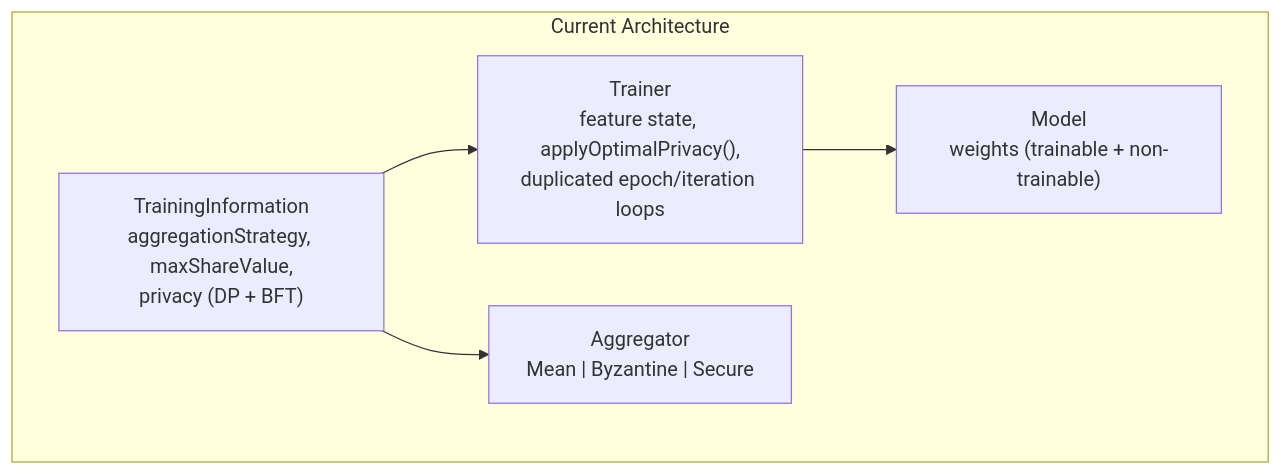
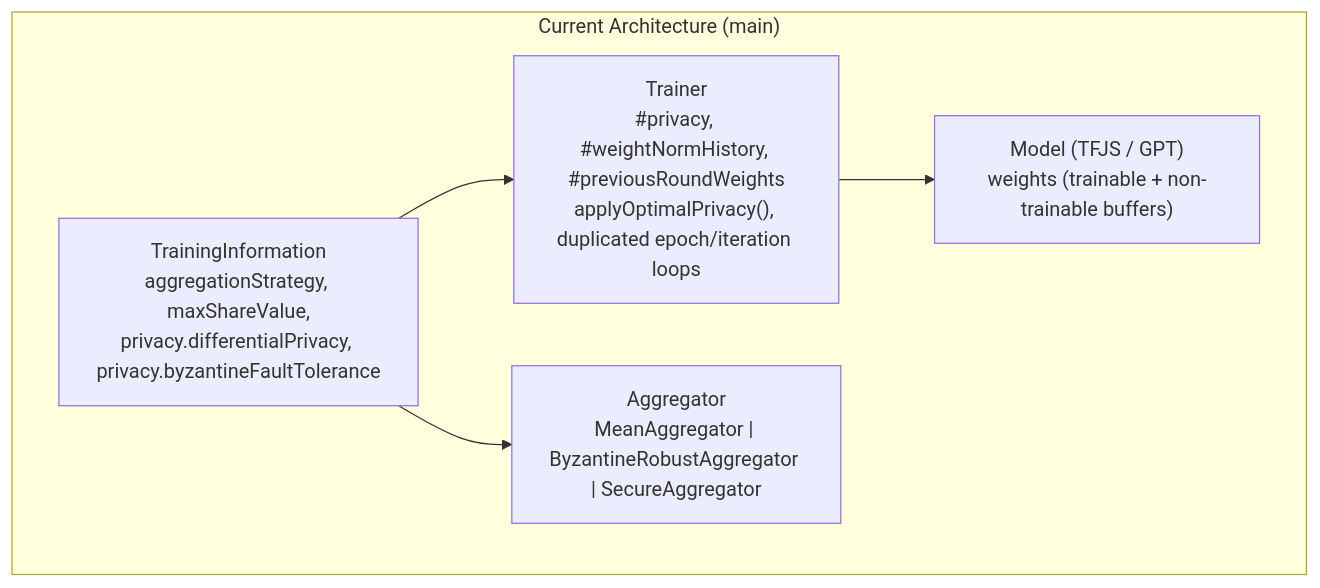
The first of 3 diagrams in docs/TRAINING_ARCHITECTURE.md (epfml/disco), drawn with Mermaid before and after one commit. The commit also changed other lines of this file, not shown here.

````diff
--- a/docs/TRAINING_ARCHITECTURE.md
+++ b/docs/TRAINING_ARCHITECTURE.md
@@ -16,13 +16,13 @@
 ```mermaid
 flowchart TD
-    subgraph Current["Current Architecture"]
-        TI["TrainingInformation<br/>aggregationStrategy, maxShareValue,<br/>privacy (DP + BFT)"]
-        TR["Trainer<br/>feature state, applyOptimalPrivacy(),<br/>duplicated epoch/iteration loops"]
-        AGG["Aggregator<br/>Mean | Byzantine | Secure"]
-        MDL["Model<br/>weights (trainable + non-trainable)"]
+    subgraph Current["Current Architecture (main)"]
+        TI["TrainingInformation<br/>aggregationStrategy, maxShareValue,<br/>privacy.differentialPrivacy, privacy.byzantineFaultTolerance"]
+        TR["Trainer<br/>#privacy, #weightNormHistory, #previousRoundWeights<br/>applyOptimalPrivacy(), duplicated epoch/iteration loops"]
+        AGG["Aggregator<br/>MeanAggregator | ByzantineRobustAggregator | SecureAggregator"]
+        MDL["Model (TFJS / GPT)<br/>weights (trainable + non-trainable buffers)"]
 
         TI --> TR
         TI --> AGG
         TR --> MDL
     end
 ```
````
